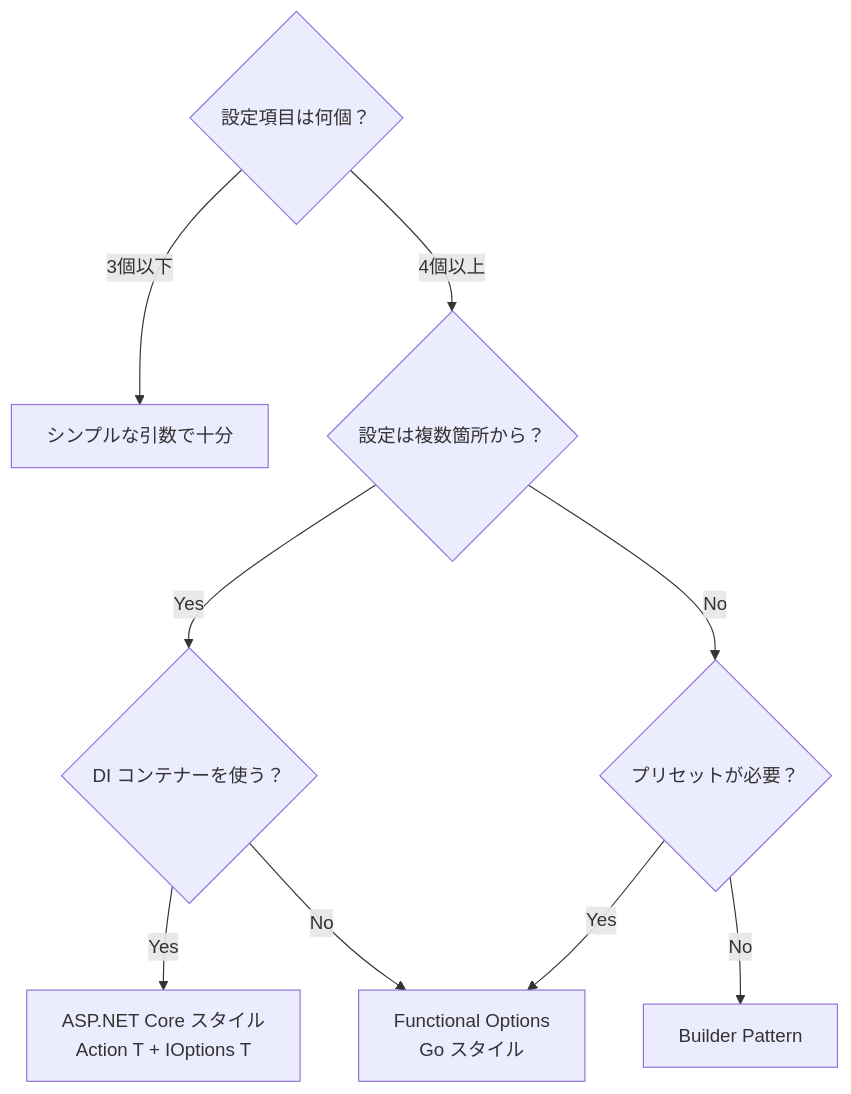
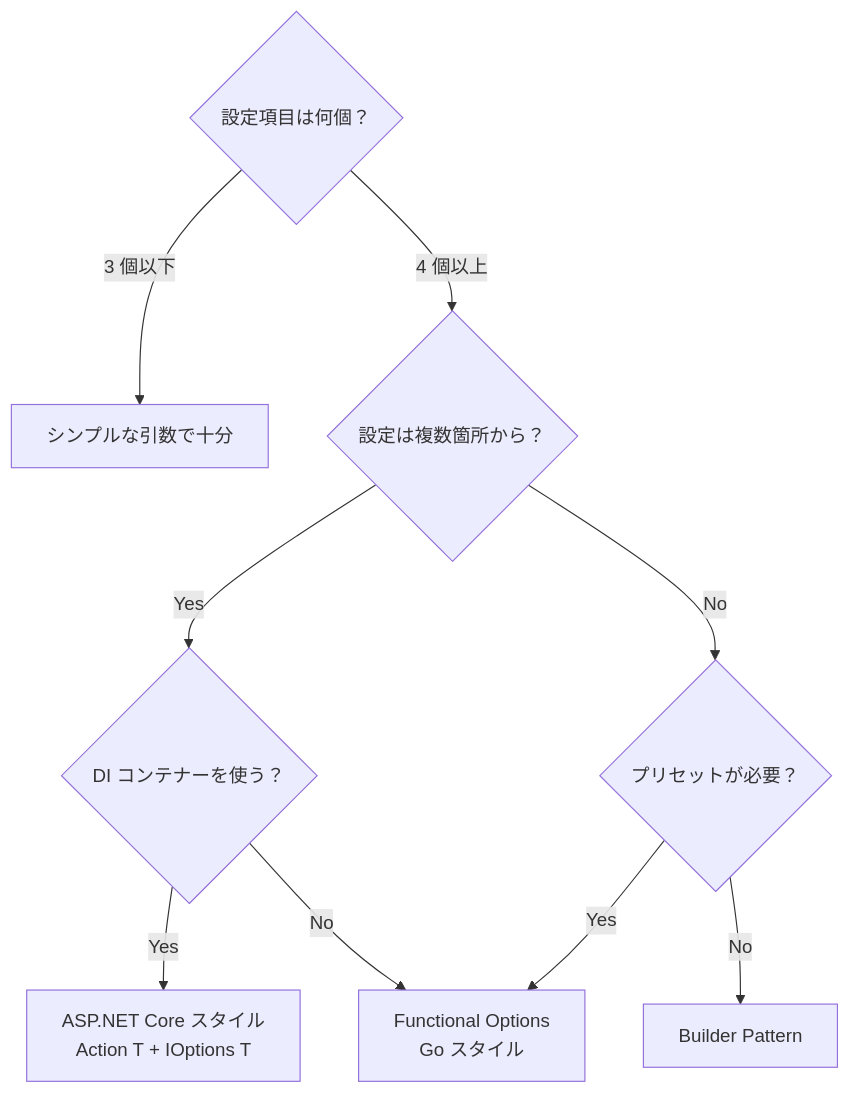
Before and after one commit to yoichiozaki/yoichiozaki.github.io: the sixth of 6 diagrams in content/blog/ja/options-pattern.mdx, drawn with Mermaid. The commit also changed other lines of this file and 220 other files, not shown here.

````diff
--- a/content/blog/ja/options-pattern.mdx
+++ b/content/blog/ja/options-pattern.mdx
@@ -845,11 +844,11 @@
 ```mermaid
 graph TD
-    Start{"設定項目は何個？"} -->|"3個以下"| Simple["シンプルな引数で十分"]
-    Start -->|"4個以上"| Complex{"設定は複数箇所から？"}
+    Start{"設定項目は何個？"} -->|"3 個以下"| Simple["シンプルな引数で十分"]
+    Start -->|"4 個以上"| Complex{"設定は複数箇所から？"}
     Complex -->|"Yes"| DI{"DI コンテナーを使う？"}
     Complex -->|"No"| Single{"プリセットが必要？"}
     DI -->|"Yes"| ASPNET["ASP.NET Core スタイル<br/>Action T + IOptions T"]
     DI -->|"No"| FO["Functional Options<br/>Go スタイル"]
     Single -->|"Yes"| FO
     Single -->|"No"| Builder["Builder Pattern"]
 ```
````
